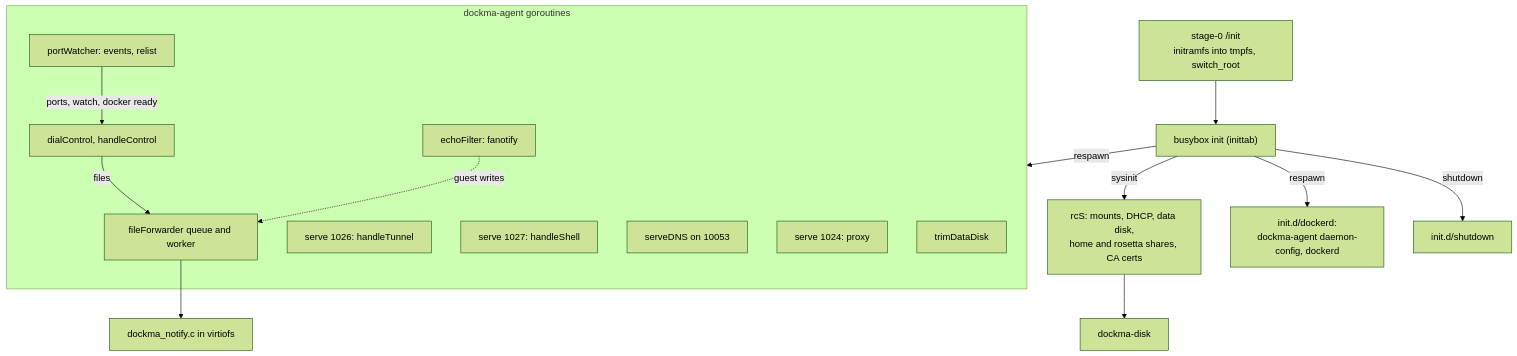
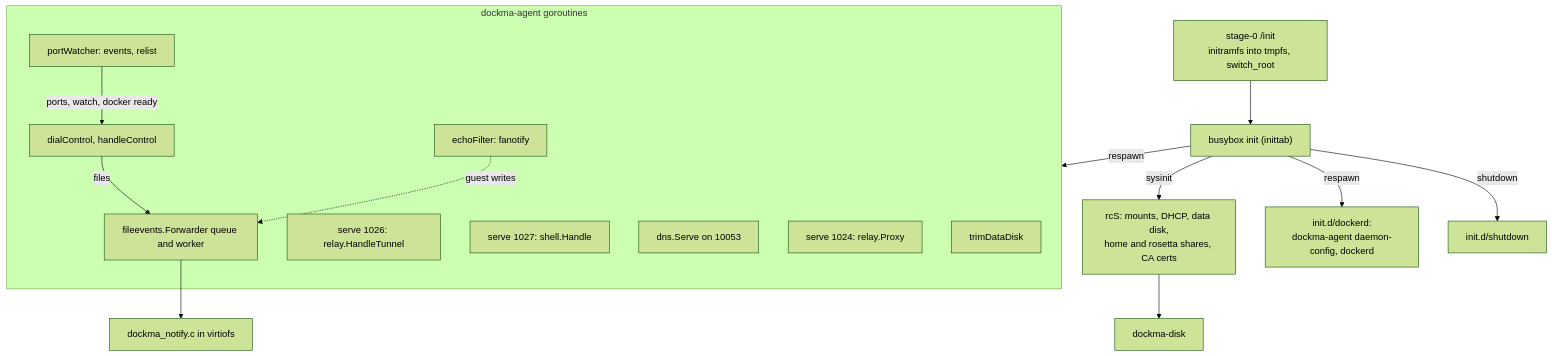
The third of 8 diagrams in docs/architecture.md (maxfrerichs/dockma), drawn with Mermaid (forest theme) before and after one commit. The commit also changed other lines of this file and 34 other files, not shown here.

````diff
--- a/docs/architecture.md
+++ b/docs/architecture.md
@@ -115,29 +115,29 @@
 ```mermaid
 flowchart TB
   stage0["stage-0 /init<br/>initramfs into tmpfs, switch_root"]
   init["busybox init (inittab)"]
   rcs["rcS: mounts, DHCP, data disk,<br/>home and rosetta shares, CA certs"]
   disk["dockma-disk"]
   dockerdinit["init.d/dockerd:<br/>dockma-agent daemon-config, dockerd"]
   shutdown["init.d/shutdown"]
   subgraph agentproc["dockma-agent goroutines"]
-    serveDocker["serve 1024: proxy"]
-    serveTunnel["serve 1026: handleTunnel"]
-    serveShell["serve 1027: handleShell"]
+    serveDocker["serve 1024: relay.Proxy"]
+    serveTunnel["serve 1026: relay.HandleTunnel"]
+    serveShell["serve 1027: shell.Handle"]
     control["dialControl, handleControl"]
     watcher["portWatcher: events, relist"]
-    dns["serveDNS on 10053"]
-    fileq["fileForwarder queue and worker"]
+    dns["dns.Serve on 10053"]
+    fileq["fileevents.Forwarder queue and worker"]
     echo["echoFilter: fanotify"]
     trim["trimDataDisk"]
   end
   hook["dockma_notify.c in virtiofs"]
   stage0 --> init
   init -->|sysinit| rcs --> disk
   init -->|respawn| agentproc
   init -->|respawn| dockerdinit
   init -->|shutdown| shutdown
   watcher -->|ports, watch, docker ready| control
   control -->|files| fileq --> hook
   echo -.->|guest writes| fileq
 ```
````
